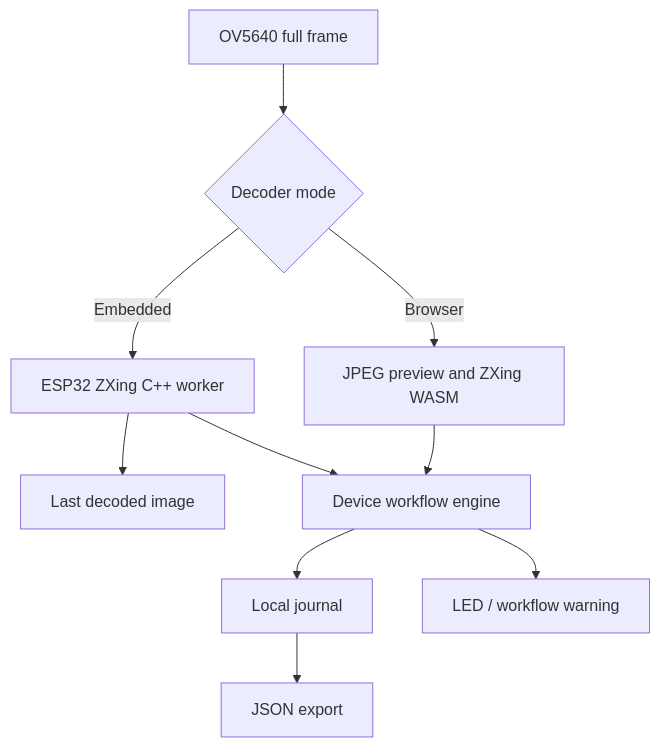
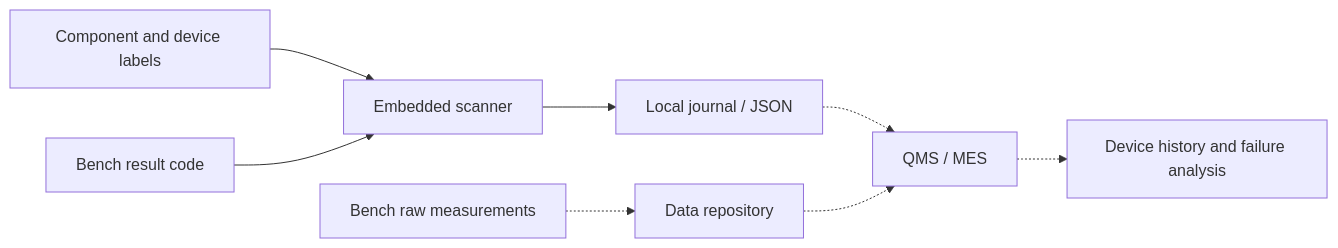
One commit to CocoHusky/manufacturing-qr-scanner changed the second of 2 diagrams in README.md. Above: the diagram before and after it, drawn with Mermaid. The commit also changed other lines of this file and 19 other files, not shown here.

````diff
--- a/README.md
+++ b/README.md
@@ -89,12 +88,10 @@
 ```mermaid
-flowchart TD
- A[OV5640 full frame] --> B{Decoder mode}
- B -->|Browser| C[JPEG preview and ZXing WASM]
- B -->|Embedded| D[ESP32 ZXing C++ worker]
- D --> E[Last decoded image]
- C --> F[Device workflow engine]
- D --> F
- F --> G[Local journal]
- F --> H[LED / workflow warning]
- G --> I[JSON export]
+flowchart LR
+ A[Component and device labels] --> S[Embedded scanner]
+ B[Bench result code] --> S
+ S --> J[Local journal / JSON]
+ T[Bench raw measurements] -.-> R[Data repository]
+ J -.-> Q[QMS / MES]
+ R -.-> Q
+ Q -.-> F[Device history and failure analysis]
 ```
````
